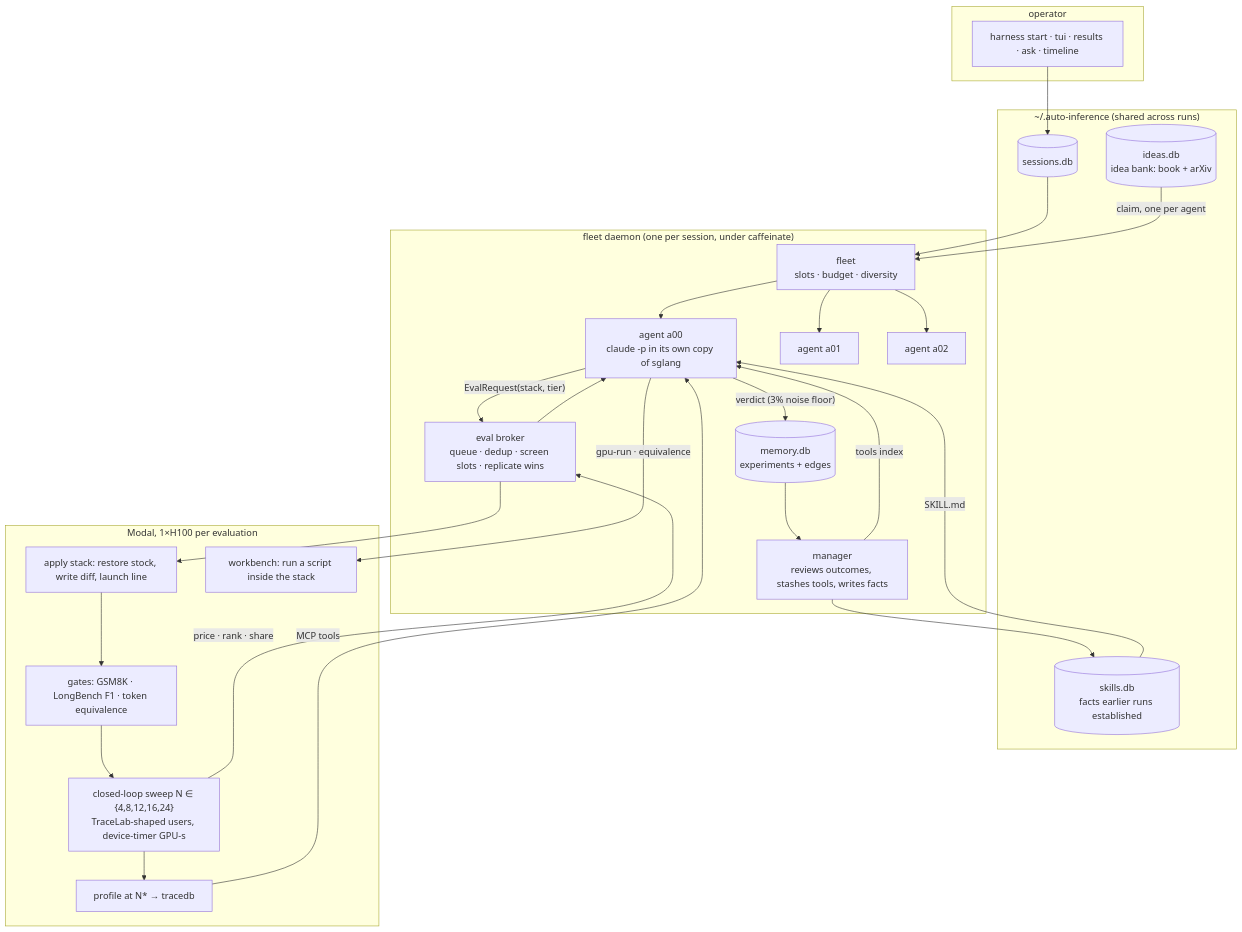
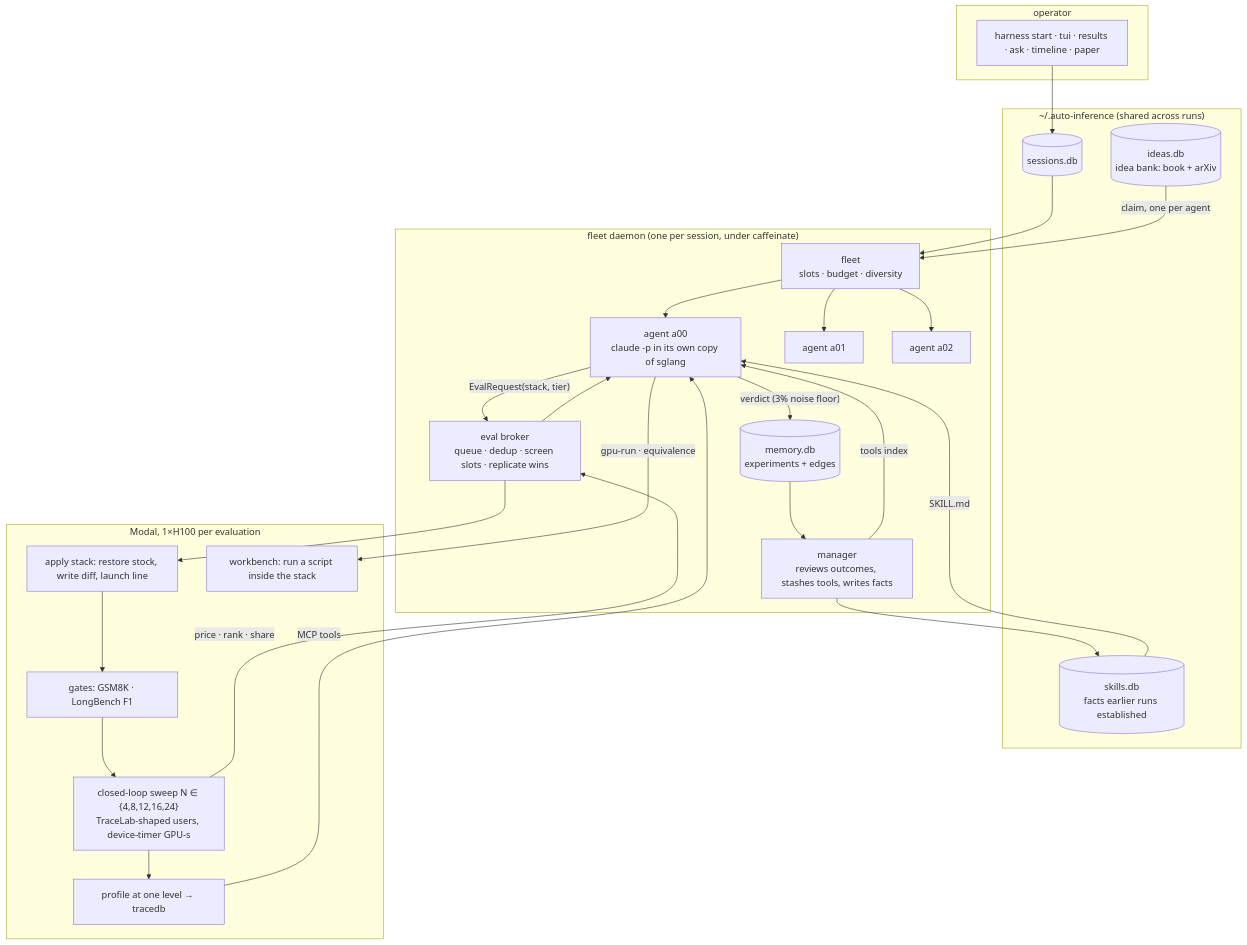
Before and after one commit to mpeng19/auto-inference: the diagram in README.md, drawn with Mermaid. The commit also changed other lines of this file and 18 other files, not shown here.

First line of the commit message:
Production pass over the harness and docs: contracts and docstrings match the code, CLI help, notebook re-run

````diff
--- a/README.md
+++ b/README.md
@@ -13,39 +13,39 @@
 ```mermaid
 flowchart TB
   subgraph you["operator"]
-    CLI["harness start · tui · results · ask · timeline"]
+    CLI["harness start · tui · results · ask · timeline · paper"]
   end
   subgraph shared["~/.auto-inference (shared across runs)"]
     BANK[("ideas.db<br/>idea bank: book + arXiv")]
     SKILLS[("skills.db<br/>facts earlier runs established")]
     STORE[("sessions.db")]
   end
   subgraph daemon["fleet daemon (one per session, under caffeinate)"]
     FLEET["fleet<br/>slots · budget · diversity"]
     MGR["manager<br/>reviews outcomes, stashes tools, writes facts"]
     A0["agent a00<br/>claude -p in its own copy of sglang"]
     A1["agent a01"]
     A2["agent a02"]
     BROKER["eval broker<br/>queue · dedup · screen slots · replicate wins"]
     MEM[("memory.db<br/>experiments + edges")]
   end
   subgraph modal["Modal, 1×H100 per evaluation"]
     APPLY["apply stack: restore stock, write diff, launch line"]
-    GATES["gates: GSM8K · LongBench F1 · token equivalence"]
+    GATES["gates: GSM8K · LongBench F1"]
     SWEEP["closed-loop sweep N ∈ {4,8,12,16,24}<br/>TraceLab-shaped users, device-timer GPU-s"]
-    PROF["profile at N* → tracedb"]
+    PROF["profile at one level → tracedb"]
     WB["workbench: run a script inside the stack"]
   end
   CLI --> STORE --> FLEET
   BANK -- "claim, one per agent" --> FLEET
   FLEET --> A0 & A1 & A2
   SKILLS -- "SKILL.md" --> A0
   MGR -- "tools index" --> A0
   A0 -- "EvalRequest(stack, tier)" --> BROKER
   A0 -- "gpu-run · equivalence" --> WB
   BROKER --> APPLY --> GATES --> SWEEP --> PROF
   SWEEP -- "price · rank · share" --> BROKER --> A0
   A0 -- "verdict (3% noise floor)" --> MEM
   MEM --> MGR --> SKILLS
   PROF -- "MCP tools" --> A0
 ```
````
